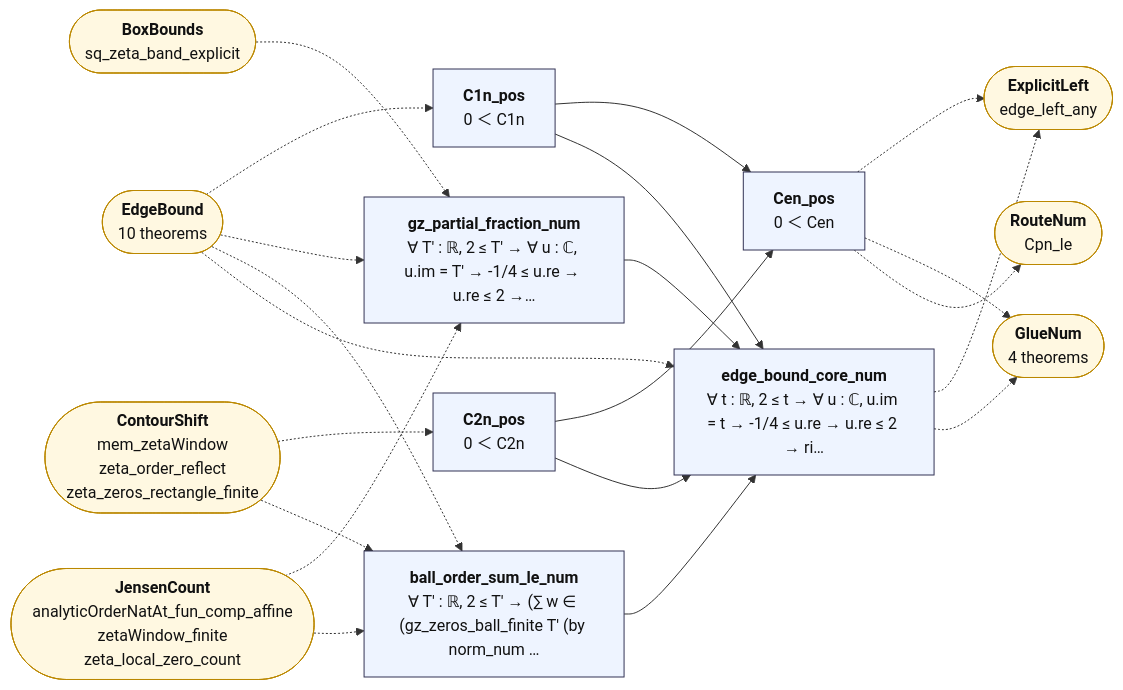
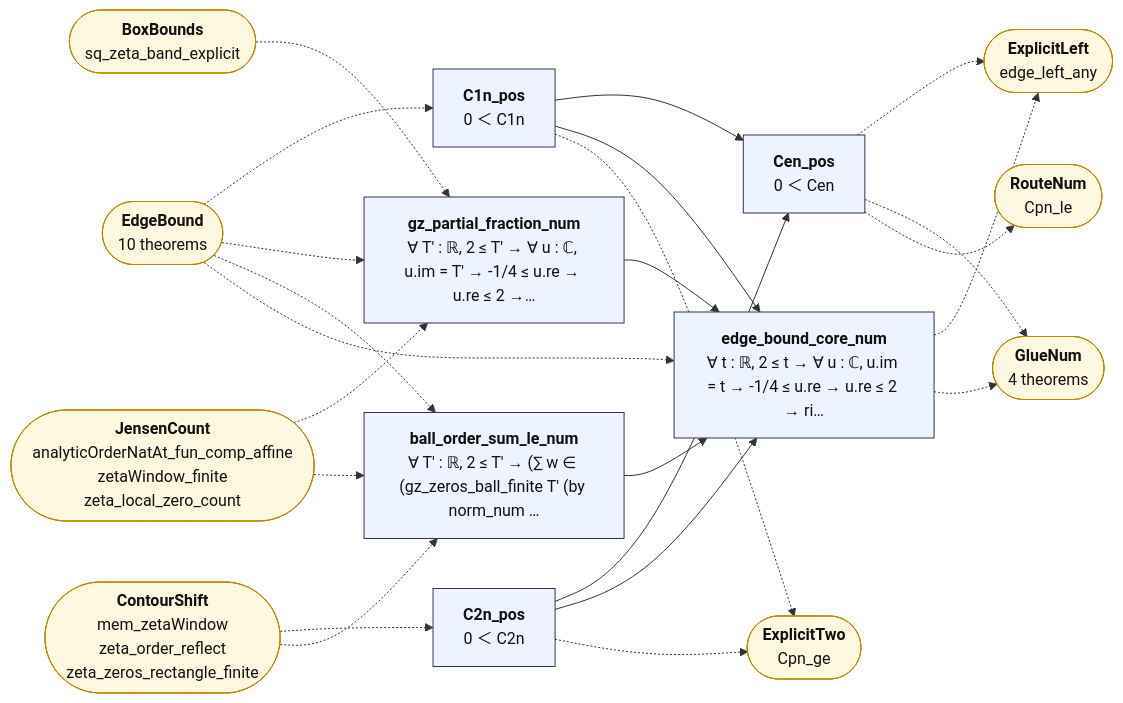
One commit to juliansambranojr/Primebeat_081426 changed the diagram in map/lean_stage3/EdgeNum.md. Above: the diagram before and after it, drawn with Mermaid. The commit also changed other lines of this file and 43 other files, not shown here.

````diff
--- a/map/lean_stage3/EdgeNum.md
+++ b/map/lean_stage3/EdgeNum.md
@@ -12,44 +12,47 @@
 ```mermaid
 flowchart LR
   n0["<b>C1n_pos</b><br/>0 ＜ C1n"]:::thm
   n1["<b>gz_partial_fraction_num</b><br/>∀ T' : ℝ, 2 ≤ T' → ∀ u : ℂ, u.im = T' → -1/4 ≤ u.re → u.re ≤ 2 →…"]:::thm
   n2["<b>C2n_pos</b><br/>0 ＜ C2n"]:::thm
   n3["<b>ball_order_sum_le_num</b><br/>∀ T' : ℝ, 2 ≤ T' → (∑ w ∈ (gz_zeros_ball_finite T' (by norm_num …"]:::thm
   n4["<b>Cen_pos</b><br/>0 ＜ Cen"]:::thm
   n5["<b>edge_bound_core_num</b><br/>∀ t : ℝ, 2 ≤ t → ∀ u : ℂ, u.im = t → -1/4 ≤ u.re → u.re ≤ 2 → ri…"]:::thm
   x0(["<b>EdgeBound</b><br/>10 theorems"]):::ext
-  x1(["<b>BoxBounds</b><br/>sq_zeta_band_explicit"]):::ext
-  x2(["<b>JensenCount</b><br/>analyticOrderNatAt_fun_comp_affine<br/>zetaWindow_finite<br/>zeta_local_zero_count"]):::ext
-  x3(["<b>ContourShift</b><br/>mem_zetaWindow<br/>zeta_order_reflect<br/>zeta_zeros_rectangle_finite"]):::ext
-  x4(["<b>ExplicitLeft</b><br/>edge_left_any"]):::ext
-  x5(["<b>GlueNum</b><br/>4 theorems"]):::ext
-  x6(["<b>RouteNum</b><br/>Cpn_le"]):::ext
+  x1(["<b>ExplicitTwo</b><br/>Cpn_ge"]):::ext
+  x2(["<b>BoxBounds</b><br/>sq_zeta_band_explicit"]):::ext
+  x3(["<b>JensenCount</b><br/>analyticOrderNatAt_fun_comp_affine<br/>zetaWindow_finite<br/>zeta_local_zero_count"]):::ext
+  x4(["<b>ContourShift</b><br/>mem_zetaWindow<br/>zeta_order_reflect<br/>zeta_zeros_rectangle_finite"]):::ext
+  x5(["<b>ExplicitLeft</b><br/>edge_left_any"]):::ext
+  x6(["<b>GlueNum</b><br/>4 theorems"]):::ext
+  x7(["<b>RouteNum</b><br/>Cpn_le"]):::ext
   n0 --> n4
   n0 --> n5
   n1 --> n5
   n2 --> n4
   n2 --> n5
   n3 --> n5
-  n4 -.-> x4
+  n0 -.-> x1
+  n2 -.-> x1
   n4 -.-> x5
   n4 -.-> x6
-  n5 -.-> x4
+  n4 -.-> x7
   n5 -.-> x5
+  n5 -.-> x6
   x0 -.-> n0
   x0 -.-> n1
   x0 -.-> n3
   x0 -.-> n5
-  x1 -.-> n1
   x2 -.-> n1
-  x2 -.-> n3
-  x3 -.-> n2
+  x3 -.-> n1
   x3 -.-> n3
+  x4 -.-> n2
+  x4 -.-> n3
   classDef cnt fill:#dff5ec,stroke:#17694a,color:#111
   classDef shp fill:#f1ecfb,stroke:#5b3fa0,color:#111
   classDef rh fill:#ffe5e5,stroke:#c22,color:#111,stroke-width:2px
   classDef thm fill:#eef4ff,stroke:#335,color:#111
   classDef end_ fill:#e7f7e7,stroke:#2a7,color:#111,stroke-width:2px
   classDef lone fill:#fff,stroke:#999,color:#111,stroke-dasharray:4 3
   classDef bad fill:#ffe5e5,stroke:#c22,color:#111,stroke-width:2px
   classDef ext fill:#fff8e1,stroke:#b80,color:#111
 ```
````
